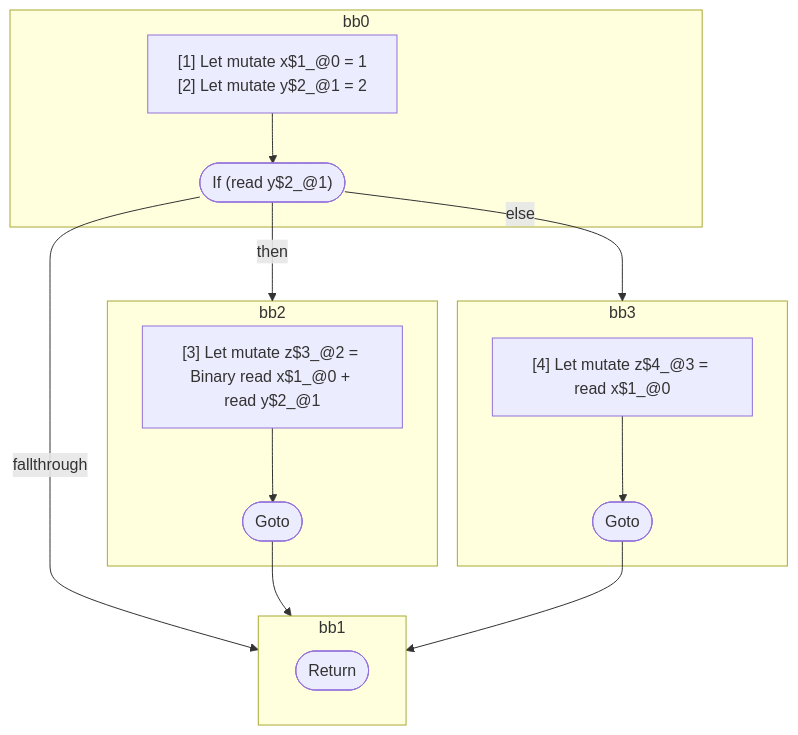
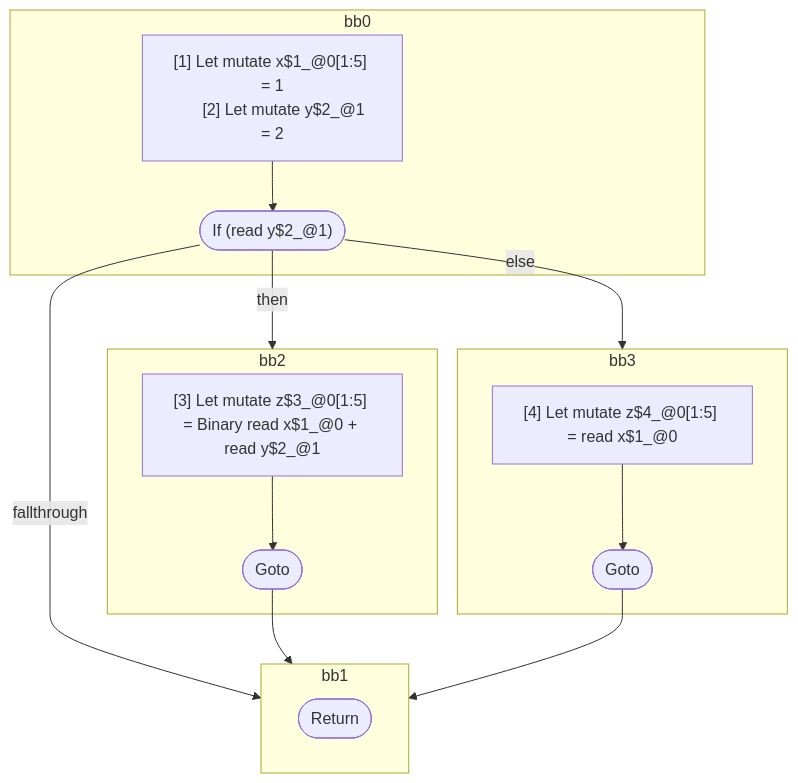
One commit to wutsmog/private changed the diagram in compiler/forget/src/__tests__/fixtures/hir/ssa-if-else.expect.md. Above: the diagram before and after it, drawn with Mermaid. The commit also changed other lines of this file and 45 other files, not shown here.

````diff
--- a/compiler/forget/src/__tests__/fixtures/hir/ssa-if-else.expect.md
+++ b/compiler/forget/src/__tests__/fixtures/hir/ssa-if-else.expect.md
@@ -40,34 +40,34 @@
 ```mermaid
 flowchart TB
   %% Basic Blocks
   subgraph bb0
     bb0_instrs["
-      [1] Let mutate x$1_@0 = 1
+      [1] Let mutate x$1_@0[1:5] = 1
       [2] Let mutate y$2_@1 = 2
     "]
     bb0_instrs --> bb0_terminal(["If (read y$2_@1)"])
   end
   subgraph bb2
     bb2_instrs["
-      [3] Let mutate z$3_@2 = Binary read x$1_@0 + read y$2_@1
+      [3] Let mutate z$3_@0[1:5] = Binary read x$1_@0 + read y$2_@1
     "]
     bb2_instrs --> bb2_terminal(["Goto"])
   end
   subgraph bb3
     bb3_instrs["
-      [4] Let mutate z$4_@3 = read x$1_@0
+      [4] Let mutate z$4_@0[1:5] = read x$1_@0
     "]
     bb3_instrs --> bb3_terminal(["Goto"])
   end
   subgraph bb1
     bb1_terminal(["Return"])
   end
 
   %% Jumps
   bb0_terminal -- "then" --> bb2
   bb0_terminal -- "else" --> bb3
   bb0_terminal -- "fallthrough" --> bb1
   bb2_terminal --> bb1
   bb3_terminal --> bb1
 
 ```
````
